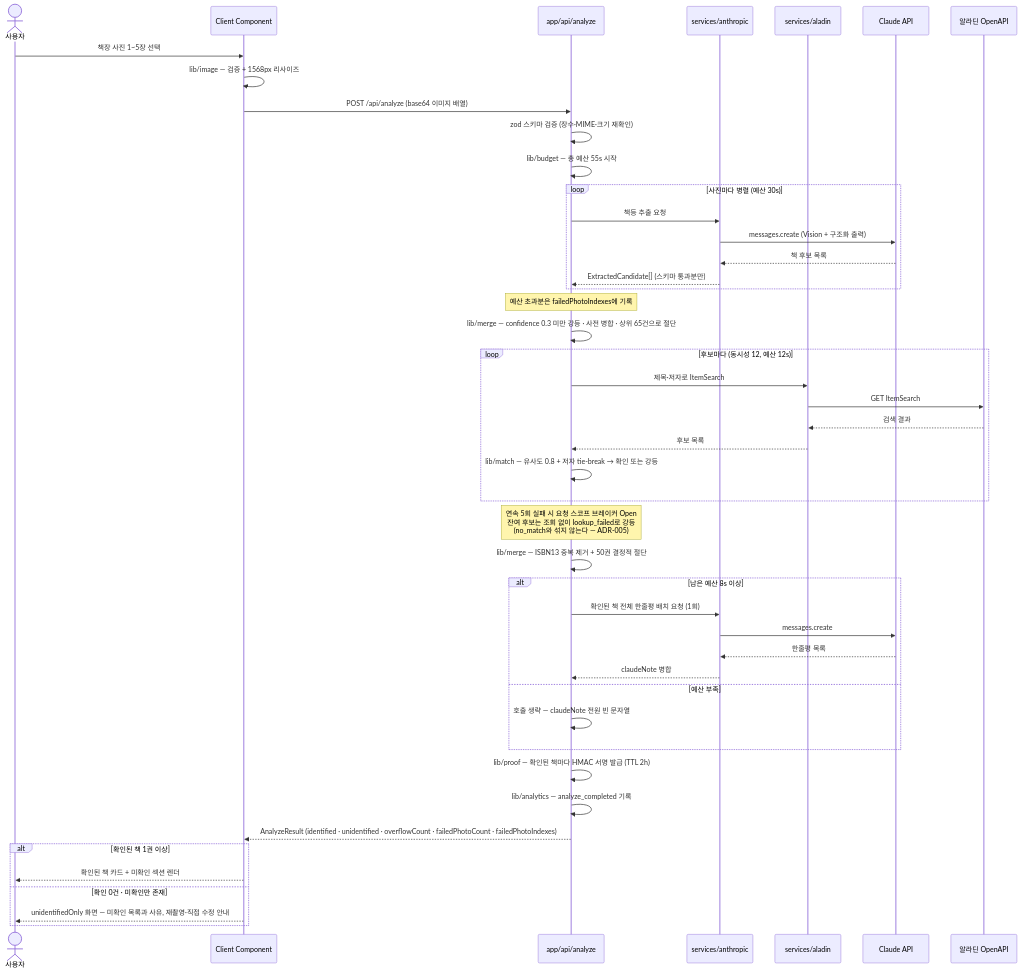
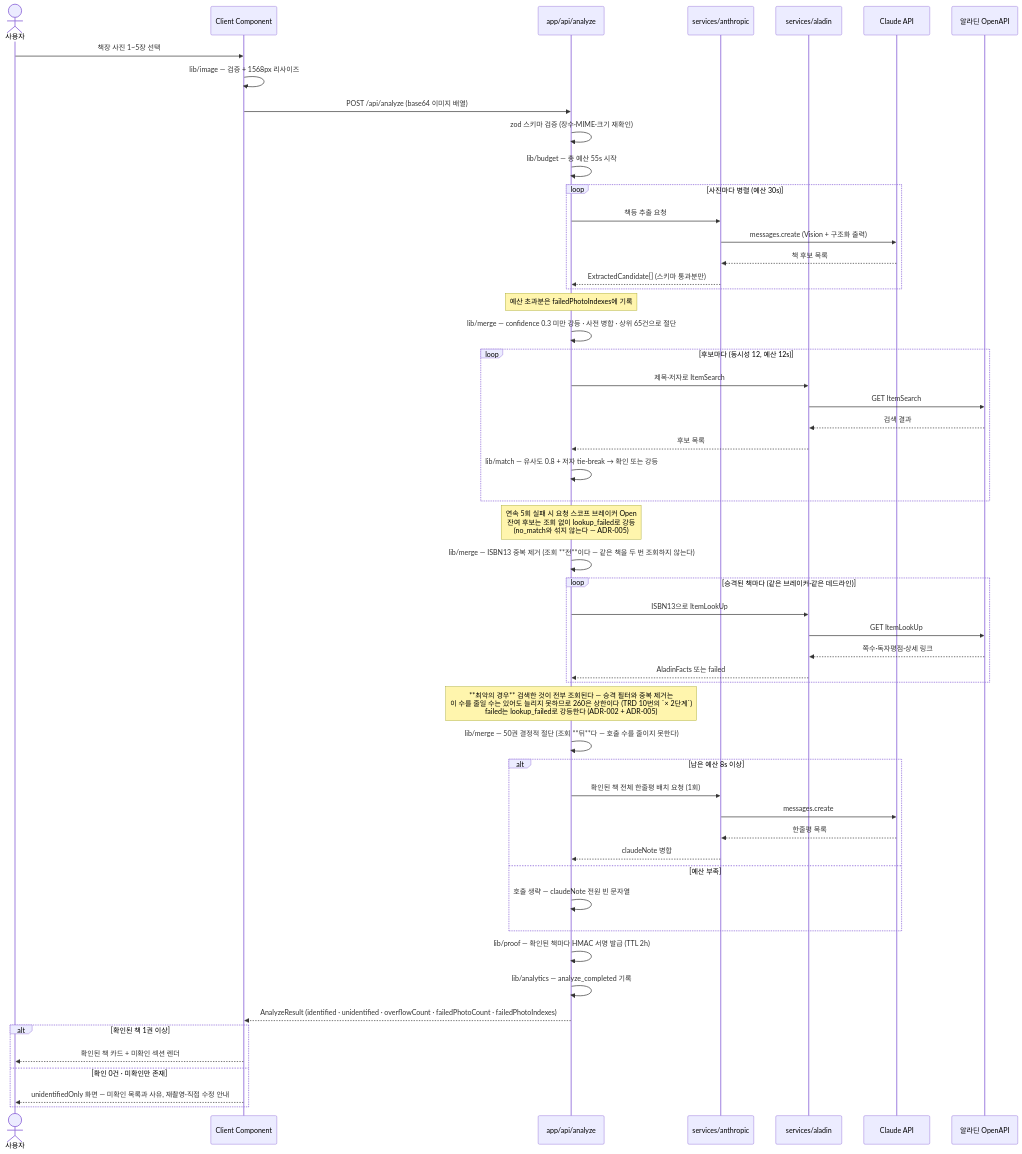
The third of 6 diagrams in docs/ARCHITECTURE.md (hyuham1335-stack/shelfie-app), drawn with Mermaid before and after one commit. The commit also changed other lines of this file and 7 other files, not shown here.

````diff
--- a/docs/ARCHITECTURE.md
+++ b/docs/ARCHITECTURE.md
@@ -138,57 +138,67 @@
 ```mermaid
 sequenceDiagram
     actor U as 사용자
     participant C as Client Component
     participant R as app/api/analyze
     participant SA as services/anthropic
     participant SL as services/aladin
     participant EA as Claude API
     participant EL as 알라딘 OpenAPI
 
     U->>C: 책장 사진 1~5장 선택
     C->>C: lib/image — 검증 + 1568px 리사이즈
     C->>R: POST /api/analyze (base64 이미지 배열)
     R->>R: zod 스키마 검증 (장수·MIME·크기 재확인)
 
     R->>R: lib/budget — 총 예산 55s 시작
 
     loop 사진마다 병렬 (예산 30s)
         R->>SA: 책등 추출 요청
         SA->>EA: messages.create (Vision + 구조화 출력)
         EA-->>SA: 책 후보 목록
         SA-->>R: ExtractedCandidate[] (스키마 통과분만)
     end
     Note over R: 예산 초과분은 failedPhotoIndexes에 기록
 
     R->>R: lib/merge — confidence 0.3 미만 강등 · 사전 병합 · 상위 65건으로 절단
 
     loop 후보마다 (동시성 12, 예산 12s)
         R->>SL: 제목·저자로 ItemSearch
         SL->>EL: GET ItemSearch
         EL-->>SL: 검색 결과
         SL-->>R: 후보 목록
         R->>R: lib/match — 유사도 0.8 + 저자 tie-break → 확인 또는 강등
     end
     Note over R: 연속 5회 실패 시 요청 스코프 브레이커 Open<br/>잔여 후보는 조회 없이 lookup_failed로 강등<br/>(no_match와 섞지 않는다 — ADR-005)
 
-    R->>R: lib/merge — ISBN13 중복 제거 + 50권 결정적 절단
+    R->>R: lib/merge — ISBN13 중복 제거 (조회 **전**이다 — 같은 책을 두 번 조회하지 않는다)
+
+    loop 승격된 책마다 (같은 브레이커·같은 데드라인)
+        R->>SL: ISBN13으로 ItemLookUp
+        SL->>EL: GET ItemLookUp
+        EL-->>SL: 쪽수·독자평점·상세 링크
+        SL-->>R: AladinFacts 또는 failed
+    end
+    Note over R: **최악의 경우** 검색한 것이 전부 조회된다 — 승격 필터와 중복 제거는<br/>이 수를 줄일 수는 있어도 늘리지 못하므로 260은 상한이다 (TRD 10번의 `× 2단계`)<br/>failed는 lookup_failed로 강등한다 (ADR-002 + ADR-005)
+
+    R->>R: lib/merge — 50권 결정적 절단 (조회 **뒤**다 — 호출 수를 줄이지 못한다)
 
     alt 남은 예산 8s 이상
         R->>SA: 확인된 책 전체 한줄평 배치 요청 (1회)
         SA->>EA: messages.create
         EA-->>SA: 한줄평 목록
         SA-->>R: claudeNote 병합
     else 예산 부족
         R->>R: 호출 생략 — claudeNote 전원 빈 문자열
     end
 
     R->>R: lib/proof — 확인된 책마다 HMAC 서명 발급 (TTL 2h)
     R->>R: lib/analytics — analyze_completed 기록
     R-->>C: AnalyzeResult (identified · unidentified · overflowCount · failedPhotoCount · failedPhotoIndexes)
 
     alt 확인된 책 1권 이상
         C-->>U: 확인된 책 카드 + 미확인 섹션 렌더
     else 확인 0건 · 미확인만 존재
         C-->>U: unidentifiedOnly 화면 — 미확인 목록과 사유, 재촬영·직접 수정 안내
     end
 ```
````
